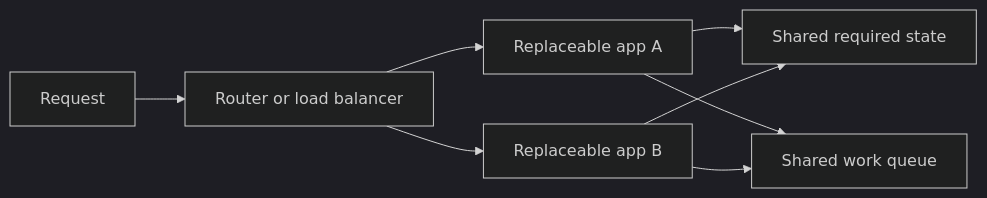
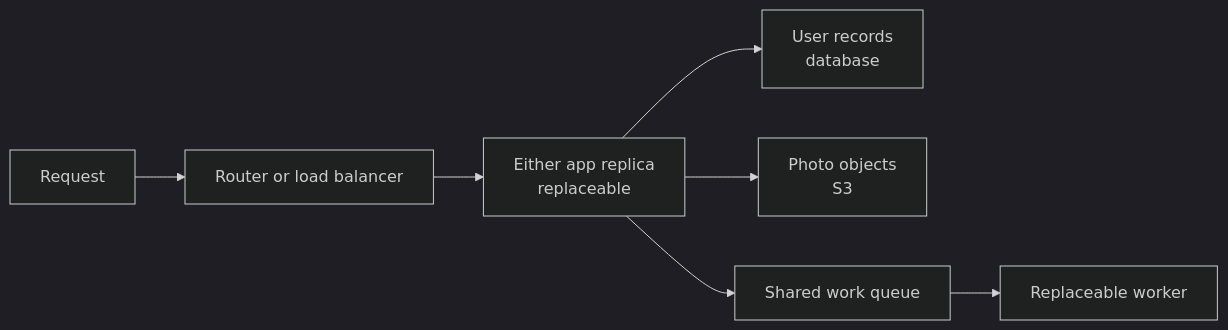
Before and after one commit to David-A18/MY-humble-knowledge-for-everyone: the diagram in knowledge/cloud/aws/architecture/stateless-application-patterns.md, drawn with Mermaid (dark theme). The commit also changed other lines of this file and 5 other files, not shown here.

````diff
--- a/knowledge/cloud/aws/architecture/stateless-application-patterns.md
+++ b/knowledge/cloud/aws/architecture/stateless-application-patterns.md
@@ -42,10 +66,9 @@
 ```mermaid
 flowchart LR
   request["Request"] --> router["Router or load balancer"]
-  router --> a["Replaceable app A"]
-  router --> b["Replaceable app B"]
-  a --> state["Shared required state"]
-  b --> state
-  a --> queue["Shared work queue"]
-  b --> queue
+  router --> app["Either app replica<br/>replaceable"]
+  app --> records["User records<br/>database"]
+  app --> objects["Photo objects<br/>S3"]
+  app --> queue["Shared work queue"]
+  queue --> worker["Replaceable worker"]
 ```
````
